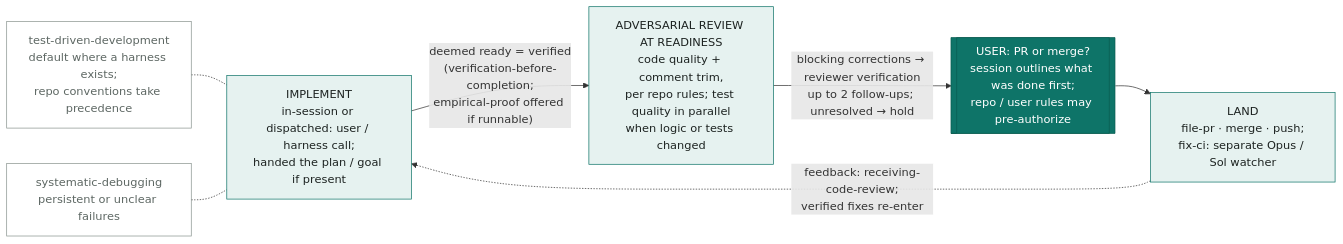
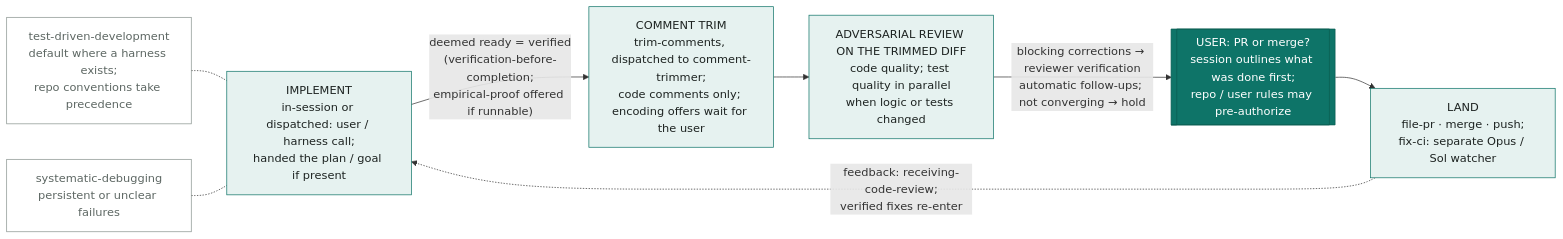
One commit to giostriquer/workshop changed the second of 2 diagrams in docs/workbench-flow.md. Above: the diagram before and after it, drawn with Mermaid. The commit also changed other lines of this file and 54 other files, not shown here.

First line of the commit message:
feat: workbench 0.43.0 and toolkit 0.13.0, the comment trim stage and convergent review

````diff
--- a/docs/workbench-flow.md
+++ b/docs/workbench-flow.md
@@ -39,19 +39,21 @@
 ```mermaid
 flowchart LR
     classDef gate fill:#0e7468,stroke:#0a5c52,color:#ffffff
     classDef stage fill:#e6f2f0,stroke:#0e7468,color:#1d2321
     classDef sat fill:none,stroke:#8a948f,color:#5d6763
 
     TDD["test-driven-development<br/>default where a harness exists;<br/>repo conventions take precedence"]:::sat -.- I
     SD["systematic-debugging<br/>persistent or unclear failures"]:::sat -.- I
 
     I["IMPLEMENT<br/>in-session or dispatched: user / harness call;<br/>handed the plan / goal if present"]:::stage
-    AR["ADVERSARIAL REVIEW AT READINESS<br/>code quality + comment trim,<br/>per repo rules; test quality in parallel<br/>when logic or tests changed"]:::stage
+    TR["COMMENT TRIM<br/>trim-comments, dispatched to comment-trimmer;<br/>code comments only; encoding offers wait for the user"]:::stage
+    AR["ADVERSARIAL REVIEW ON THE TRIMMED DIFF<br/>code quality; test quality in parallel<br/>when logic or tests changed"]:::stage
     OG[["USER: PR or merge?<br/>session outlines what was done first;<br/>repo / user rules may pre-authorize"]]:::gate
     L["LAND<br/>file-pr · merge · push;<br/>fix-ci: separate Opus / Sol watcher"]:::stage
 
-    I -->|"deemed ready = verified<br/>(verification-before-completion;<br/>empirical-proof offered if runnable)"| AR
-    AR -->|"blocking corrections → reviewer verification<br/>up to 2 follow-ups; unresolved → hold"| OG
+    I -->|"deemed ready = verified<br/>(verification-before-completion;<br/>empirical-proof offered if runnable)"| TR
+    TR --> AR
+    AR -->|"blocking corrections → reviewer verification<br/>automatic follow-ups; not converging → hold"| OG
     OG --> L
     L -.->|"feedback: receiving-code-review;<br/>verified fixes re-enter"| I
 ```
````
